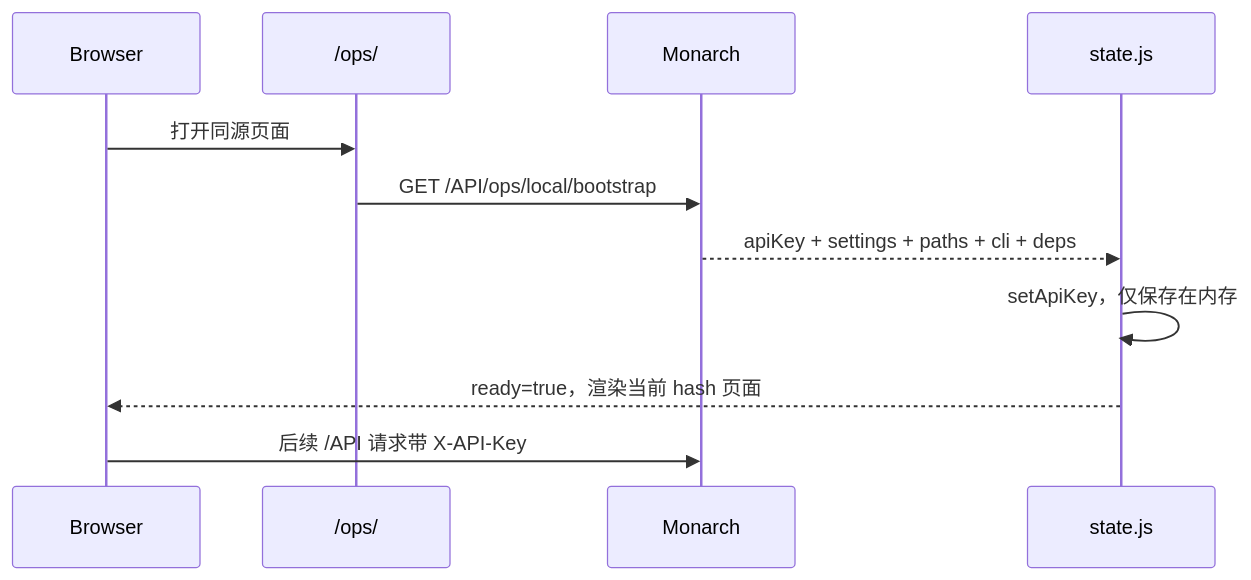
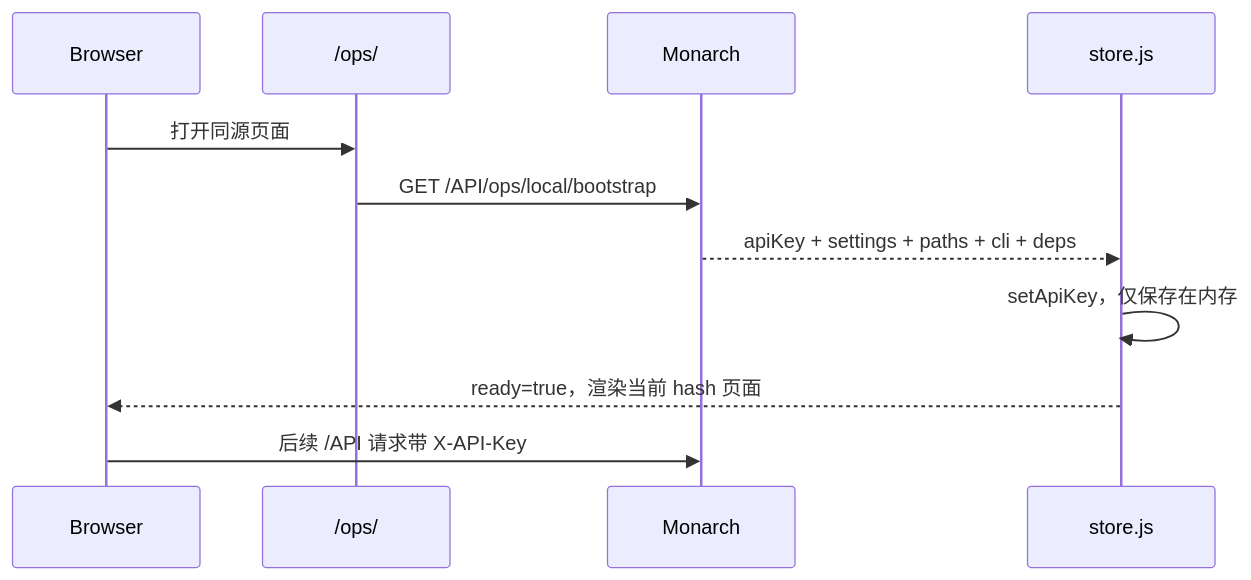
The diagram in docs/architecture/northstar.md (zx1360/Ronin), drawn with Mermaid before and after one commit. The commit also changed other lines of this file and 70 other files, not shown here.

````diff
--- a/docs/architecture/northstar.md
+++ b/docs/architecture/northstar.md
@@ -30,14 +30,14 @@
 ```mermaid
 sequenceDiagram
     participant B as Browser
     participant W as /ops/
     participant M as Monarch
-    participant S as state.js
+    participant S as store.js
 
     B->>W: 打开同源页面
     W->>M: GET /API/ops/local/bootstrap
     M-->>S: apiKey + settings + paths + cli + deps
     S->>S: setApiKey，仅保存在内存
     S-->>B: ready=true，渲染当前 hash 页面
     B->>M: 后续 /API 请求带 X-API-Key
 ```
````
